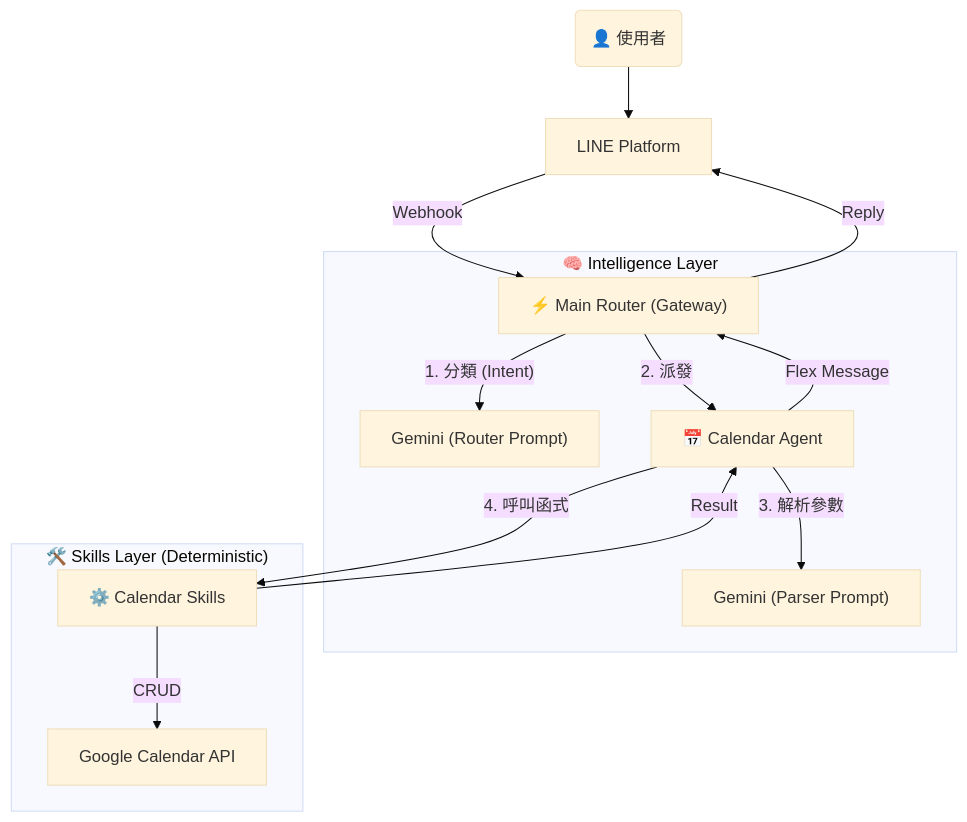
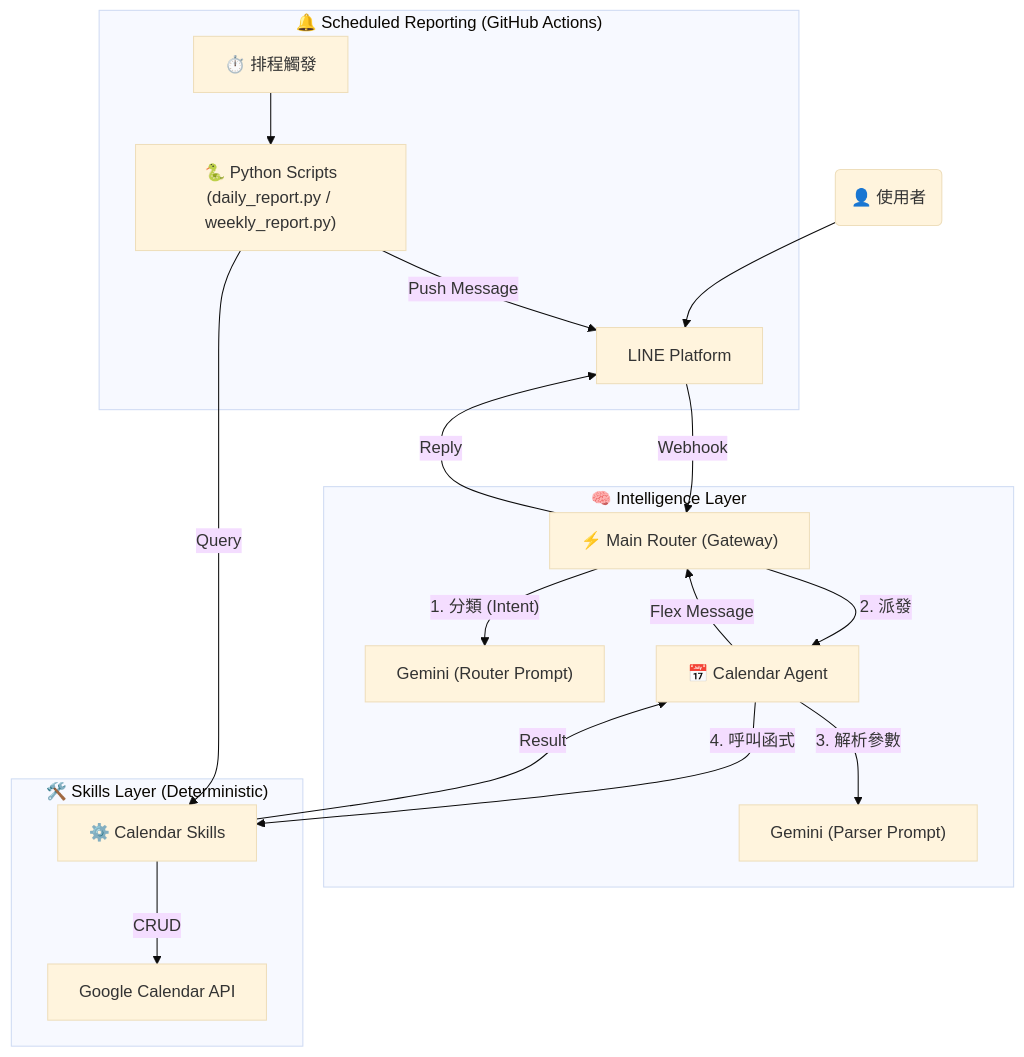
Before and after one commit to YenChengLai/ai-butler-python: the diagram in README.zh-tw.md, drawn with Mermaid (base theme). The commit also changed other lines of this file and 2 other files, not shown here.

First line of the commit message:
feat: add daily schedule report and update documentation

````diff
--- a/README.zh-tw.md
+++ b/README.zh-tw.md
@@ -30,20 +36,26 @@
 ```mermaid
 graph TD
     User("👤 使用者") --> Line["LINE Platform"]
     Line --Webhook--> Gateway["⚡ Main Router (Gateway)"]
 
     subgraph "🧠 Intelligence Layer"
         Gateway --"1. 分類 (Intent)"--> RouterModel["Gemini (Router Prompt)"]
         Gateway --"2. 派發"--> CalAgent["📅 Calendar Agent"]
         CalAgent --"3. 解析參數"--> AgentModel["Gemini (Parser Prompt)"]
     end
 
     subgraph "🛠️ Skills Layer (Deterministic)"
         CalAgent --"4. 呼叫函式"--> Skill["⚙️ Calendar Skills"]
         Skill --"CRUD"--> GCal["Google Calendar API"]
     end
 
+    subgraph "🔔 Scheduled Reporting (GitHub Actions)"
+        Cron["⏱️ 排程觸發"] --> Scripts["🐍 Python Scripts\n(daily_report.py / weekly_report.py)"]
+        Scripts --"Query"--> Skill
+        Scripts --"Push Message"--> Line
+    end
+
     Skill --"Result"--> CalAgent
     CalAgent --"Flex Message"--> Gateway
     Gateway --"Reply"--> Line
 ```
````
